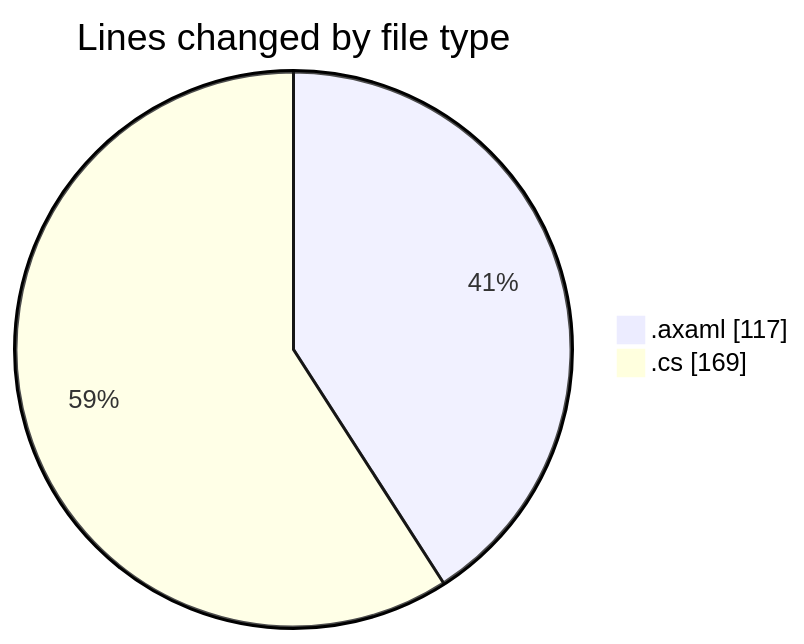
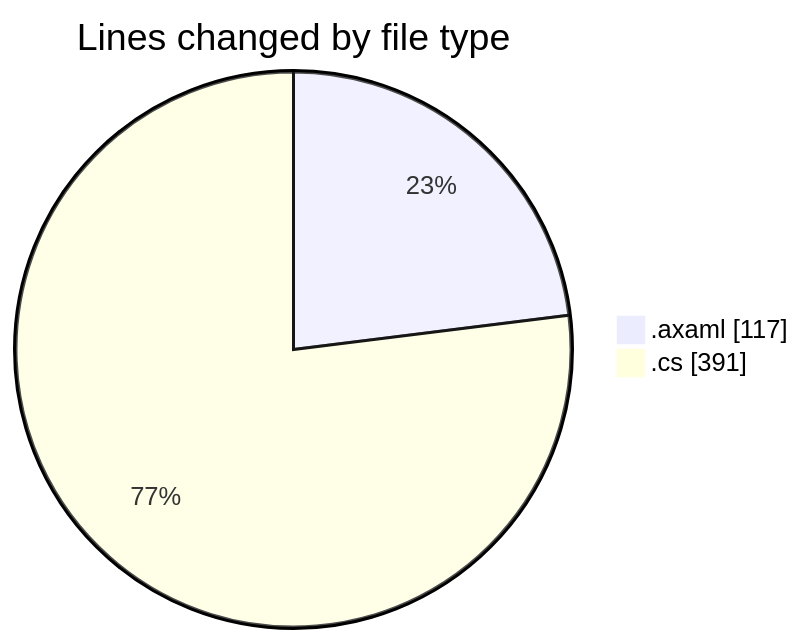
The first of 2 diagrams in 2025-10-29/skintrack/README.md (Netris89/code-tracking), drawn with Mermaid before and after one commit. The commit also changed other lines of this file and 1 other file, not shown here.

````diff
--- a/2025-10-29/skintrack/README.md
+++ b/2025-10-29/skintrack/README.md
@@ -27,6 +36,6 @@
 ```mermaid
 pie showData
 title Lines changed by file type
 ".axaml" : 117
-".cs" : 169
+".cs" : 391
 ```
````
